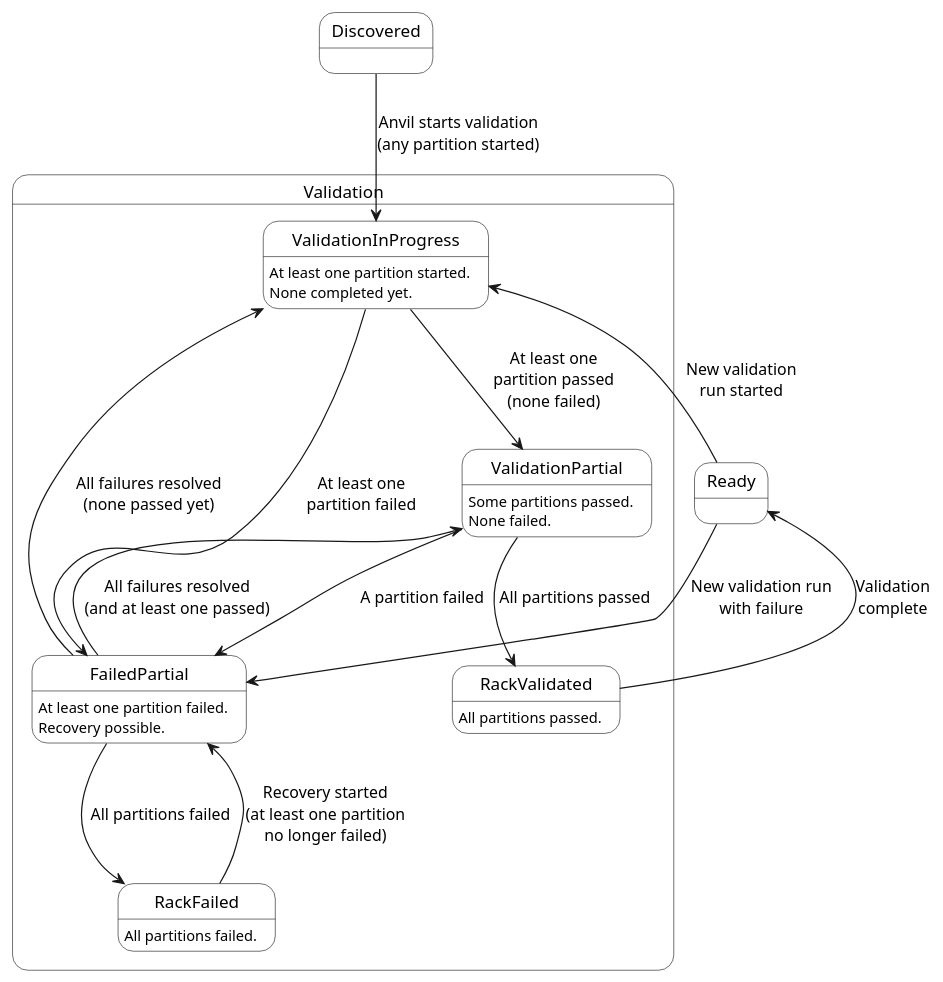
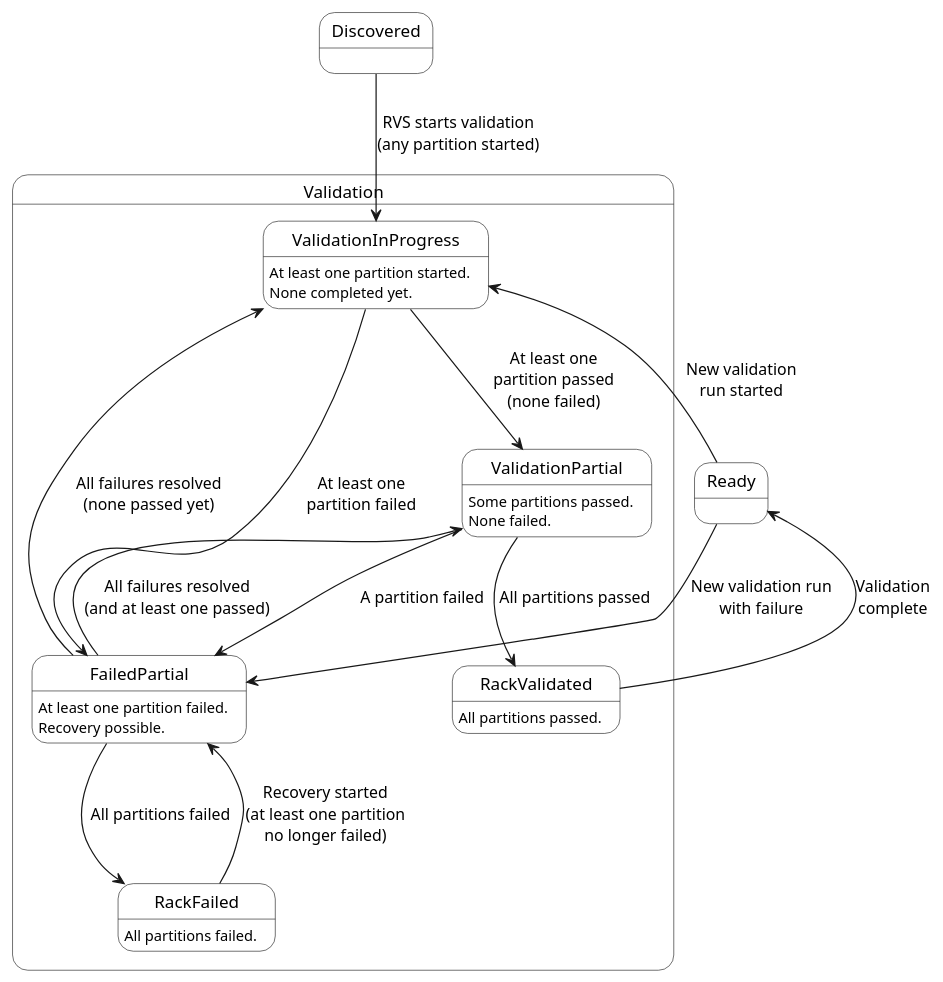
One commit to NVIDIA/bare-metal-manager-core changed the third of 3 diagrams in book/src/architecture/state_machines/rack.md. Above: the diagram before and after it, drawn with PlantUML. The commit also changed other lines of this file and 3 other files, not shown here.

````diff
--- a/book/src/architecture/state_machines/rack.md
+++ b/book/src/architecture/state_machines/rack.md
@@ -164,38 +164,38 @@
 ```plantuml
 @startuml
 skinparam state {
   BackgroundColor White
 }
 
 state "Discovered" as Discovered
 state "Ready" as Ready
 
 state "Validation" as Validation {
   state "ValidationInProgress" as VIP : At least one partition started.\nNone completed yet.
   state "ValidationPartial" as VP : Some partitions passed.\nNone failed.
   state "FailedPartial" as FP : At least one partition failed.\nRecovery possible.
   state "RackValidated" as RV : All partitions passed.
   state "RackFailed" as RF : All partitions failed.
 }
 
-Discovered --> VIP : Anvil starts validation\n(any partition started)
+Discovered --> VIP : RVS starts validation\n(any partition started)
 
 VIP --> VP : At least one\npartition passed\n(none failed)
 VIP --> FP : At least one\npartition failed
 
 VP --> RV : All partitions passed
 VP --> FP : A partition failed
 
 FP --> RF : All partitions failed
 FP --> VP : All failures resolved\n(and at least one passed)
 FP --> VIP : All failures resolved\n(none passed yet)
 
 RF --> FP : Recovery started\n(at least one partition\nno longer failed)
 
 RV --> Ready : Validation\ncomplete
 
 Ready --> VIP : New validation\nrun started
 Ready --> FP : New validation run\nwith failure
 
 @enduml
 ```
````
